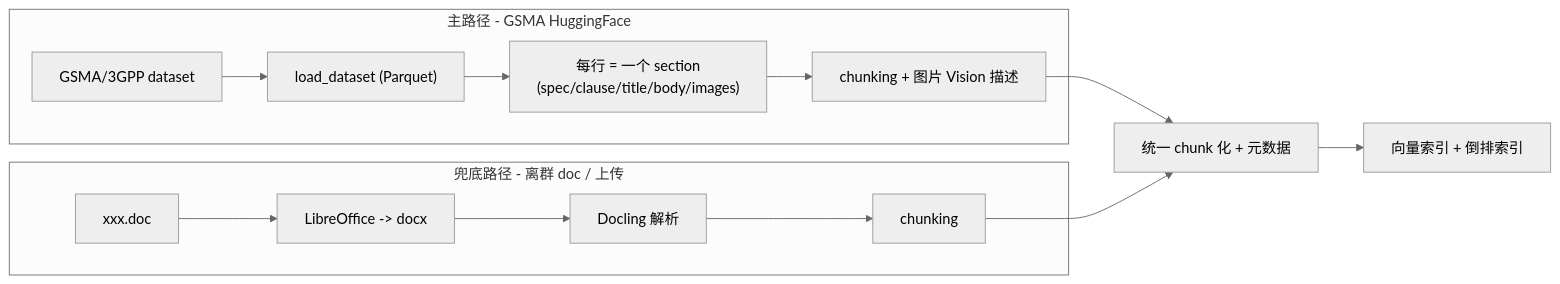
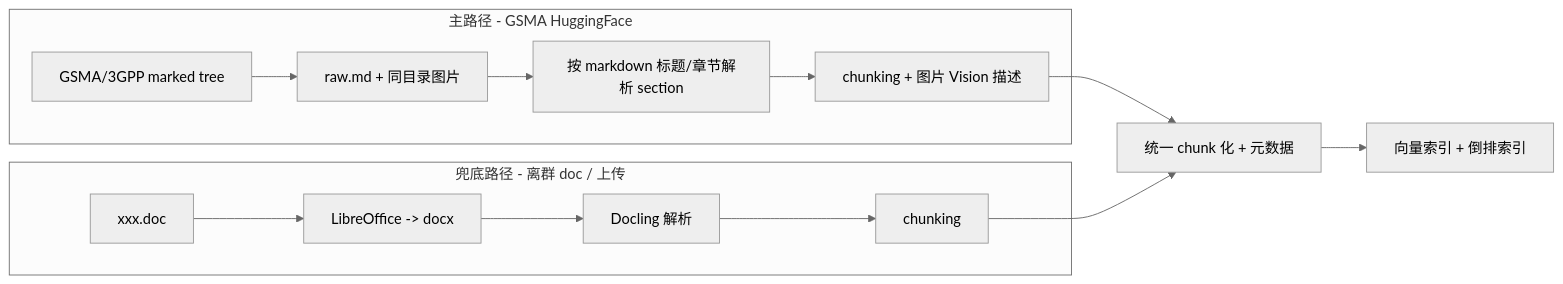
One commit to EpisodeYu/3GPP-Everything changed the diagram in docs/01-requirements.md. Above: the diagram before and after it, drawn with Mermaid (neutral theme). The commit also changed other lines of this file and 3 other files, not shown here.

````diff
--- a/docs/01-requirements.md
+++ b/docs/01-requirements.md
@@ -35,16 +38,16 @@
 ```mermaid
 flowchart LR
     subgraph mainpath["主路径 - GSMA HuggingFace"]
-        H1["GSMA/3GPP dataset"] --> H2["load_dataset (Parquet)"]
-        H2 --> H3["每行 = 一个 section<br/>(spec/clause/title/body/images)"]
+        H1["GSMA/3GPP marked tree"] --> H2["raw.md + 同目录图片"]
+        H2 --> H3["按 markdown 标题/章节解析 section"]
         H3 --> H4["chunking + 图片 Vision 描述"]
     end
     subgraph fallback["兜底路径 - 离群 doc / 上传"]
         F1["xxx.doc"] --> F2["LibreOffice -> docx"]
         F2 --> F3["Docling 解析"]
         F3 --> F4["chunking"]
     end
     H4 --> G["统一 chunk 化 + 元数据"]
     F4 --> G
     G --> I["向量索引 + 倒排索引"]
 ```
````
